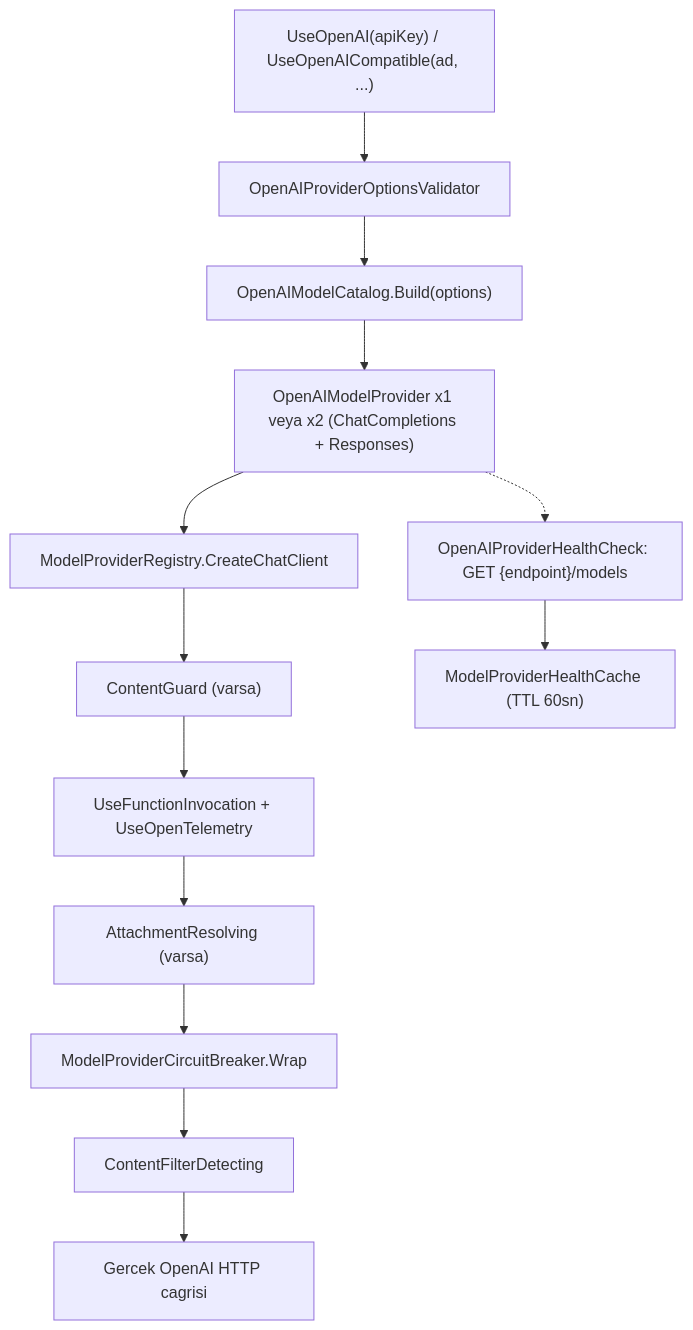
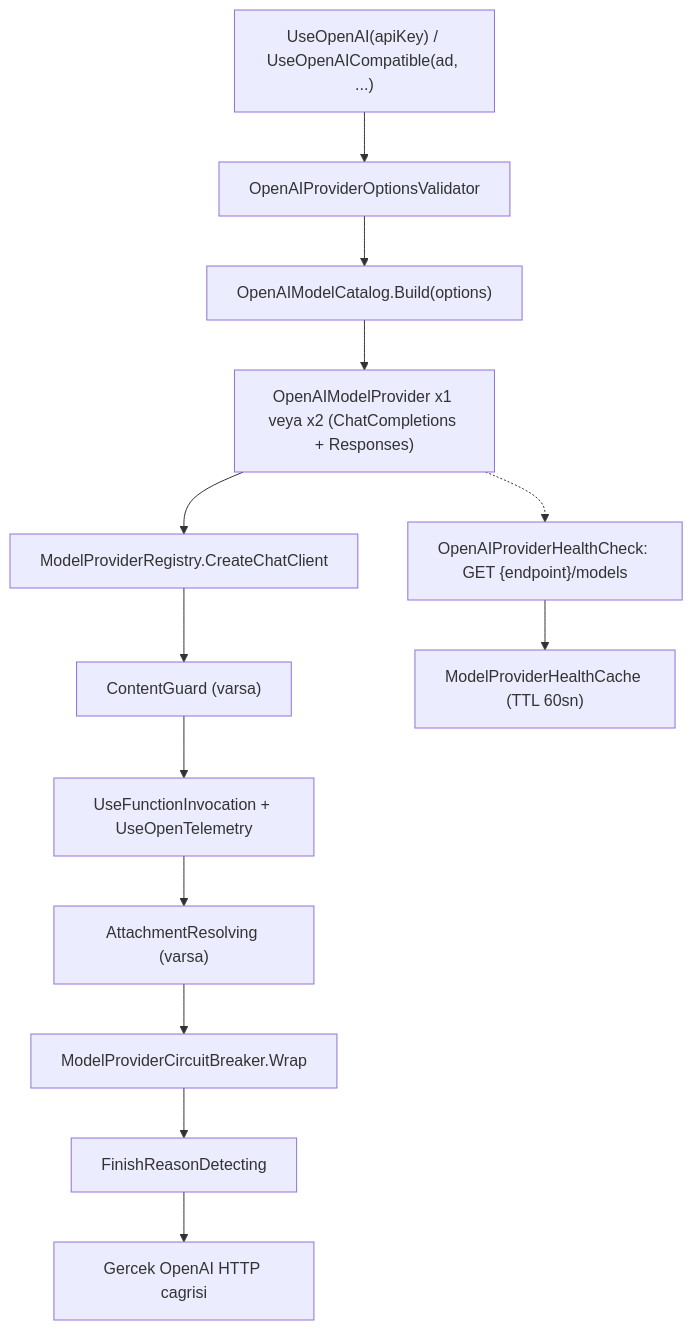
One commit to farukatasoy/Tracon changed the diagram in docs/manuel-test/05-SAGLAYICI-OPENAI.md. Above: the diagram before and after it, drawn with Mermaid. The commit also changed 8 other files, not shown here.

````diff
--- a/docs/manuel-test/05-SAGLAYICI-OPENAI.md
+++ b/docs/manuel-test/05-SAGLAYICI-OPENAI.md
@@ -36,15 +36,15 @@
 ```mermaid
 flowchart TD
     A["UseOpenAI(apiKey) / UseOpenAICompatible(ad, ...)"] --> B["OpenAIProviderOptionsValidator"]
     B --> C["OpenAIModelCatalog.Build(options)"]
     C --> D["OpenAIModelProvider x1 veya x2 (ChatCompletions + Responses)"]
     D --> E["ModelProviderRegistry.CreateChatClient"]
     E --> F["ContentGuard (varsa)"]
     F --> G["UseFunctionInvocation + UseOpenTelemetry"]
     G --> H["AttachmentResolving (varsa)"]
     H --> I["ModelProviderCircuitBreaker.Wrap"]
-    I --> J["ContentFilterDetecting"]
+    I --> J["FinishReasonDetecting"]
     J --> K["Gercek OpenAI HTTP cagrisi"]
     D -.-> L["OpenAIProviderHealthCheck: GET {endpoint}/models"]
     L --> M["ModelProviderHealthCache (TTL 60sn)"]
 ```
````
